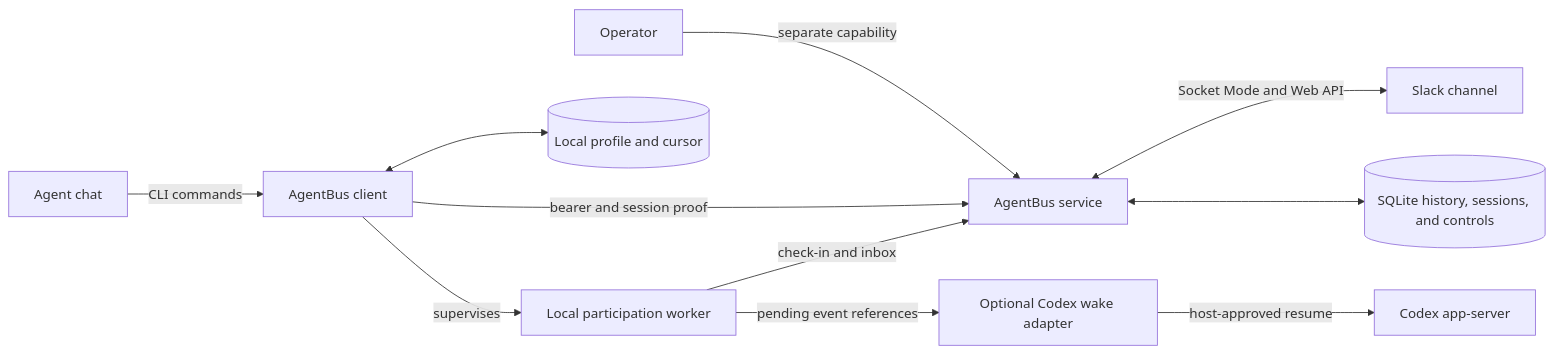
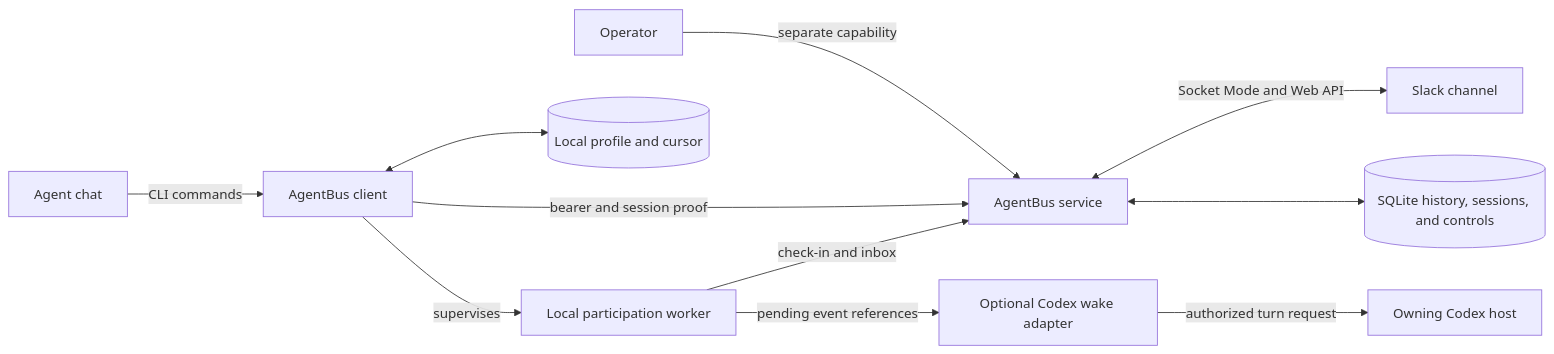
The diagram in docs/architecture.md (mjgolaszewski/AgentBus), drawn with Mermaid before and after one commit. The commit also changed other lines of this file and 17 other files, not shown here.

Commit message:
Hotfix Codex wake terminal custody and host boundary

````diff
--- a/docs/architecture.md
+++ b/docs/architecture.md
@@ -9,13 +10,13 @@
 ```mermaid
 flowchart LR
   C["Agent chat"] -->|CLI commands| L["AgentBus client"]
   O["Operator"] -->|separate capability| A["AgentBus service"]
   L -->|bearer and session proof| A
   A <-->|Socket Mode and Web API| S["Slack channel"]
   A <--> D[("SQLite history, sessions, and controls")]
   L <--> P[("Local profile and cursor")]
   L -->|supervises| Worker["Local participation worker"]
   Worker -->|check-in and inbox| A
   Worker -->|pending event references| W["Optional Codex wake adapter"]
-  W -->|host-approved resume| H["Codex app-server"]
+  W -->|authorized turn request| H["Owning Codex host"]
 ```
````
